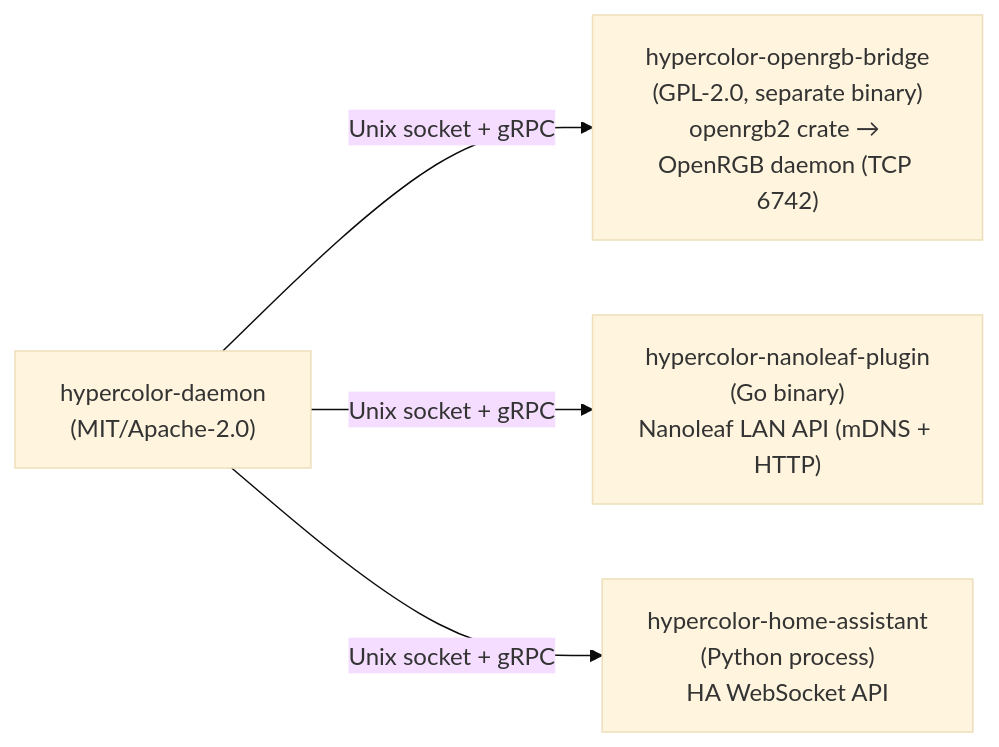
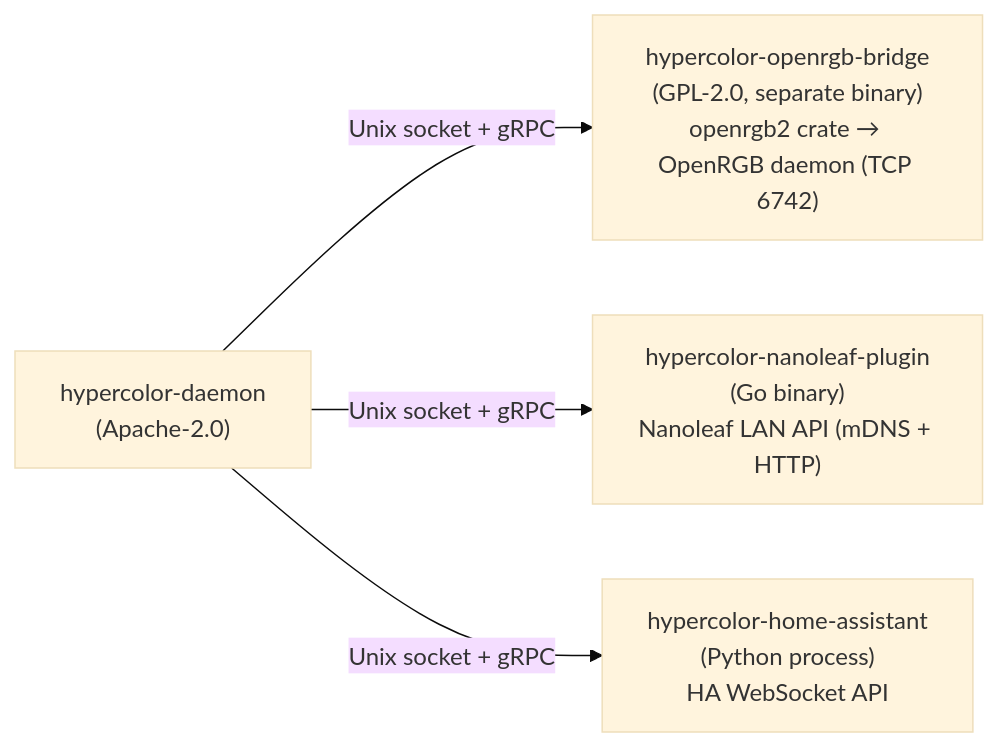
The first of 4 diagrams in docs/design/09-plugin-ecosystem.md (hyperb1iss/hypercolor), drawn with Mermaid (base theme) before and after one commit. The commit also changed other lines of this file and 38 other files, not shown here.

````diff
--- a/docs/design/09-plugin-ecosystem.md
+++ b/docs/design/09-plugin-ecosystem.md
@@ -347,12 +347,12 @@
 ```mermaid
 graph LR
-    Daemon["hypercolor-daemon<br/>(MIT/Apache-2.0)"]
+    Daemon["hypercolor-daemon<br/>(Apache-2.0)"]
 
     OpenRGB["hypercolor-openrgb-bridge<br/>(GPL-2.0, separate binary)<br/>openrgb2 crate → OpenRGB daemon (TCP 6742)"]
     Nanoleaf["hypercolor-nanoleaf-plugin<br/>(Go binary)<br/>Nanoleaf LAN API (mDNS + HTTP)"]
     HA["hypercolor-home-assistant<br/>(Python process)<br/>HA WebSocket API"]
 
     Daemon -->|Unix socket + gRPC| OpenRGB
     Daemon -->|Unix socket + gRPC| Nanoleaf
     Daemon -->|Unix socket + gRPC| HA
 ```
````
